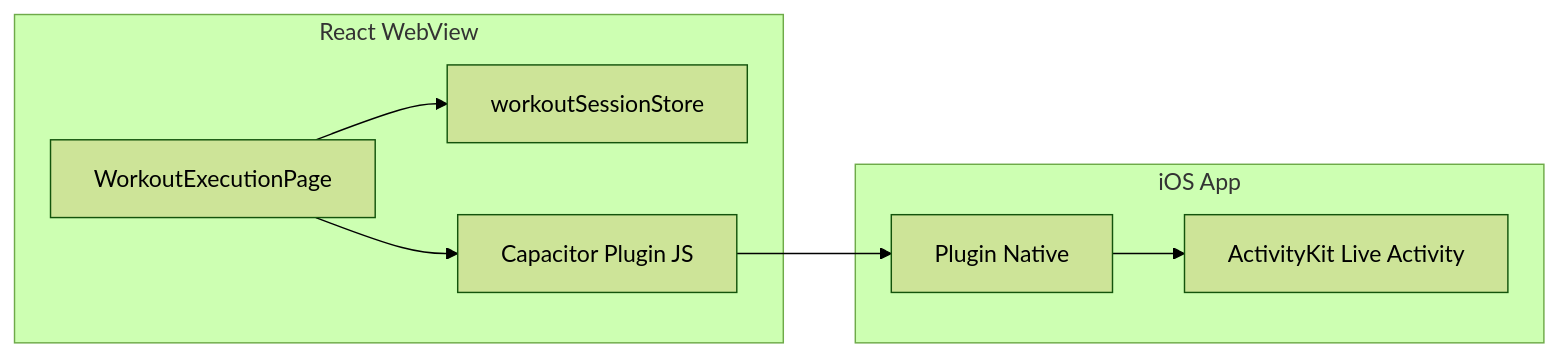
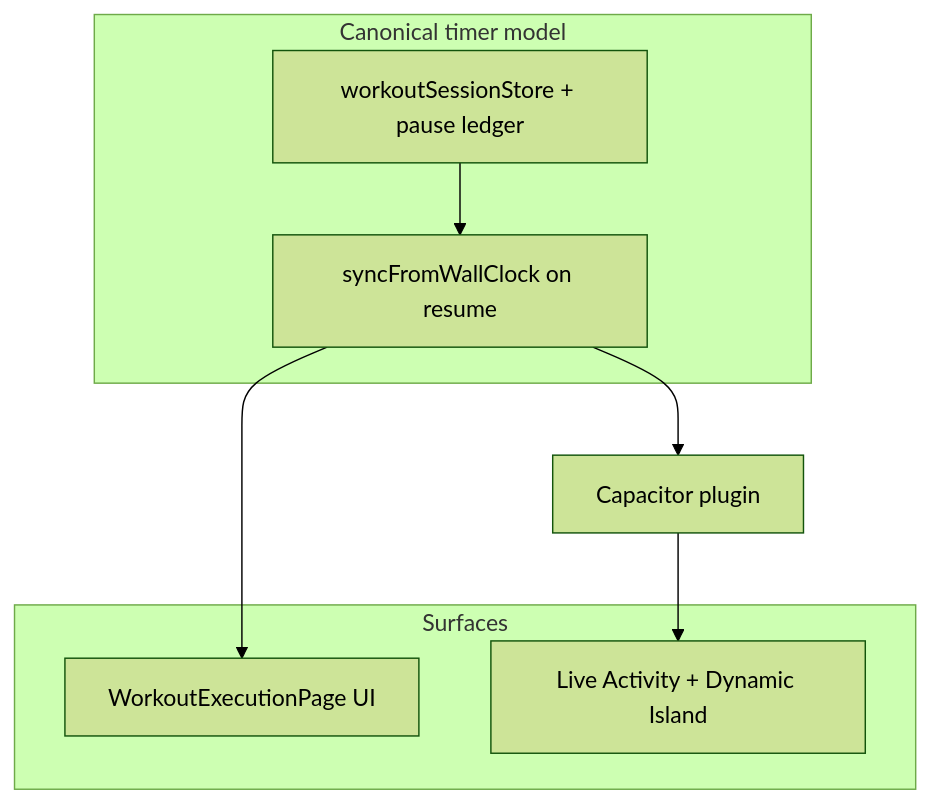
Before and after one commit to seththeeke/repwise: the diagram in specs/dynamic-island-spec.md, drawn with Mermaid (forest theme). The commit also changed other lines of this file and 30 other files, not shown here.

First line of the commit message:
cursor commit skill: add workout Live Activity, Dynamic Island, Capacitor plugin, and session sync

````diff
--- a/specs/dynamic-island-spec.md
+++ b/specs/dynamic-island-spec.md
@@ -54,16 +49,15 @@
 ```mermaid
-flowchart LR
-  subgraph web [React WebView]
-    WEP[WorkoutExecutionPage]
-    Store[workoutSessionStore]
-    WEP --> Store
-    Plugin[Capacitor Plugin JS]
-    WEP --> Plugin
+flowchart TB
+  subgraph canonical [Canonical timer model]
+    Store[workoutSessionStore + pause ledger]
+    Sync[syncFromWallClock on resume]
+    Store --> Sync
   end
-  subgraph native [iOS App]
-    Bridge[Plugin Native]
-    LA[ActivityKit Live Activity]
-    Bridge --> LA
+  subgraph surfaces [Surfaces]
+    Web[WorkoutExecutionPage UI]
+    LA[Live Activity + Dynamic Island]
   end
-  Plugin --> Bridge
+  Sync --> Web
+  Sync --> Plugin[Capacitor plugin]
+  Plugin --> LA
 ```
````
